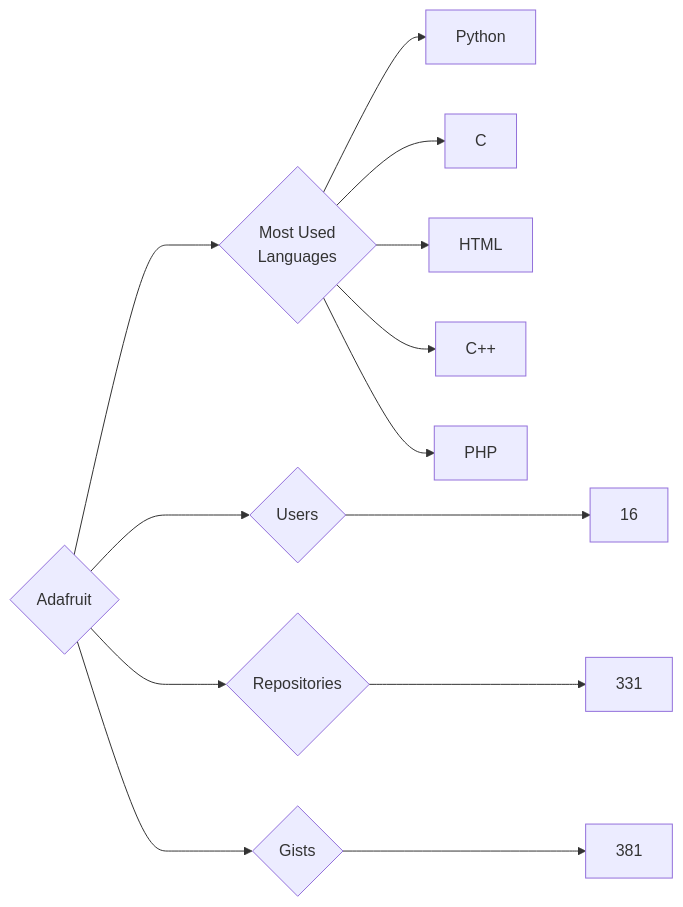
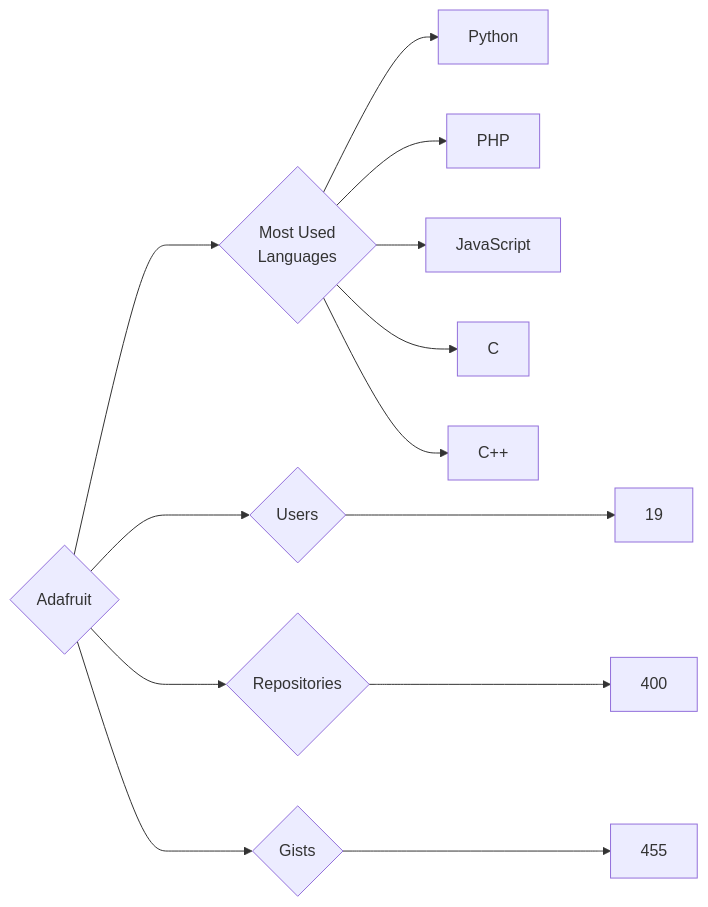
The diagram in targets/Adafruit/README.md (trickest/insiders), drawn with Mermaid before and after one commit. The commit also changed 873 other files, not shown here.

````diff
--- a/targets/Adafruit/README.md
+++ b/targets/Adafruit/README.md
@@ -3,13 +3,13 @@
 ```mermaid
 graph LR
 COMPANY_NAME{Adafruit}
-COMPANY_NAME ---> U{Users} ---> UN[16]
-COMPANY_NAME ---> R{Repositories} ---> RN[331]
-COMPANY_NAME ---> G{Gists} ---> GN[381]
+COMPANY_NAME ---> U{Users} ---> UN[19]
+COMPANY_NAME ---> R{Repositories} ---> RN[400]
+COMPANY_NAME ---> G{Gists} ---> GN[455]
 COMPANY_NAME ---> ML{Most Used<br>Languages}
 ML --> Python[Python]
+ML --> PHP[PHP]
+ML --> JavaScript[JavaScript]
 ML --> C[C]
-ML --> HTML[HTML]
 ML --> C++[C++]
-ML --> PHP[PHP]
 ```
````
